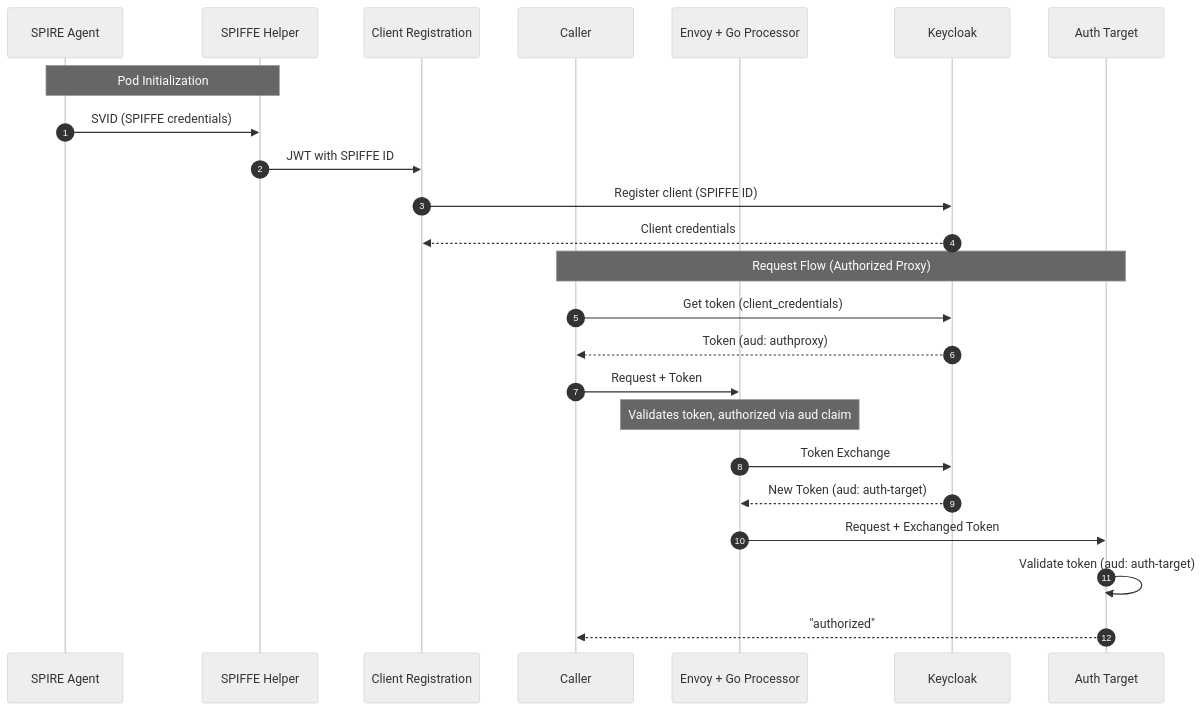
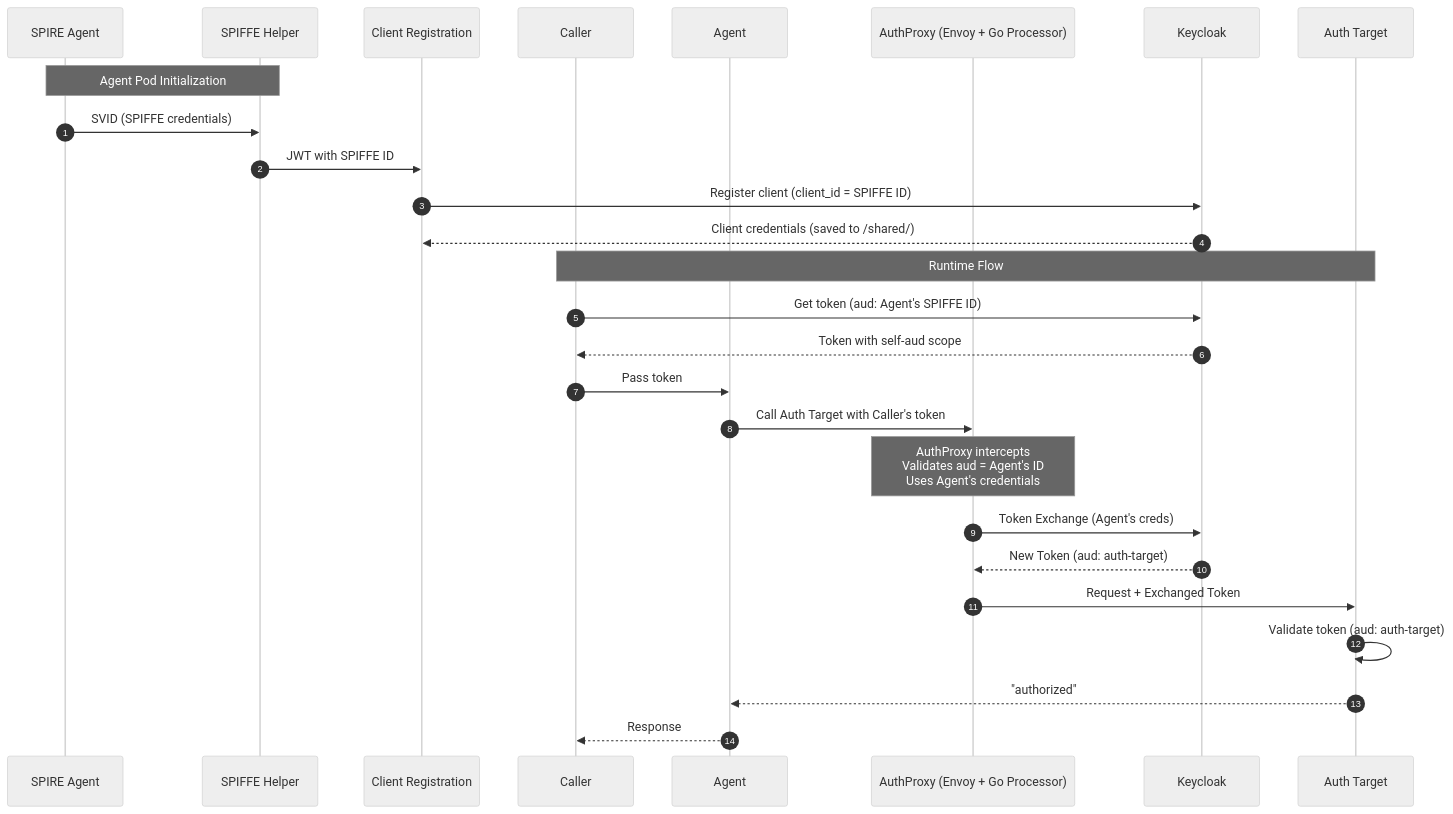
The first of 2 diagrams in AuthBridge/README.md (cwiklik/kagenti-extensions), drawn with Mermaid (neutral theme) before and after one commit. The commit also changed other lines of this file and 5 other files, not shown here.

````diff
--- a/AuthBridge/README.md
+++ b/AuthBridge/README.md
@@ -65,31 +82,35 @@
 ```mermaid
 sequenceDiagram
     autonumber
     participant SPIRE as SPIRE Agent
     participant Helper as SPIFFE Helper
     participant Reg as Client Registration
     participant Caller as Caller
-    participant Envoy as Envoy + Go Processor
+    participant Agent as Agent
+    participant Envoy as AuthProxy (Envoy + Go Processor)
     participant KC as Keycloak
     participant Target as Auth Target
 
-    Note over Helper,SPIRE: Pod Initialization
+    Note over Helper,SPIRE: Agent Pod Initialization
     SPIRE->>Helper: SVID (SPIFFE credentials)
     Helper->>Reg: JWT with SPIFFE ID
-    Reg->>KC: Register client (SPIFFE ID)
-    KC-->>Reg: Client credentials
+    Reg->>KC: Register client (client_id = SPIFFE ID)
+    KC-->>Reg: Client credentials (saved to /shared/)
 
-    Note over Caller,Target: Request Flow (Authorized Proxy)
-    Caller->>KC: Get token (client_credentials)
-    KC-->>Caller: Token (aud: authproxy)
+    Note over Caller,Target: Runtime Flow
+    Caller->>KC: Get token (aud: Agent's SPIFFE ID)
+    KC-->>Caller: Token with self-aud scope
     
-    Caller->>Envoy: Request + Token
-    Note over Envoy: Validates token, authorized via aud claim
+    Caller->>Agent: Pass token
+    Agent->>Envoy: Call Auth Target with Caller's token
     
-    Envoy->>KC: Token Exchange
+    Note over Envoy: AuthProxy intercepts<br/>Validates aud = Agent's ID<br/>Uses Agent's credentials
+    
+    Envoy->>KC: Token Exchange (Agent's creds)
     KC-->>Envoy: New Token (aud: auth-target)
     
     Envoy->>Target: Request + Exchanged Token
     Target->>Target: Validate token (aud: auth-target)
-    Target-->>Caller: "authorized"
+    Target-->>Agent: "authorized"
+    Agent-->>Caller: Response
 ```
````
